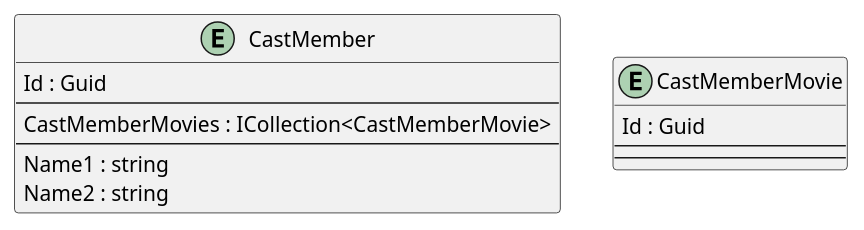
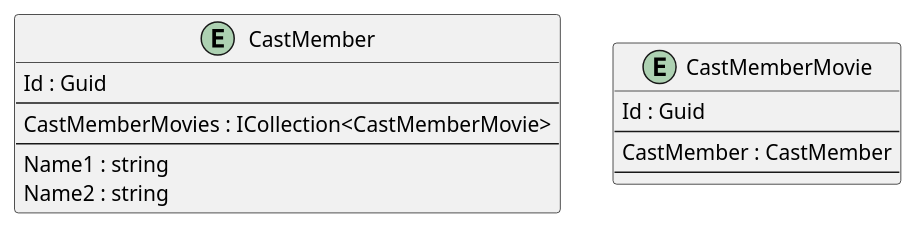
The diagram in .docs/BlazorWebAppMovies.pu (intrepion/BlazorWebAppMovies), drawn with PlantUML before and after one commit.

```diff
--- a/.docs/BlazorWebAppMovies.pu
+++ b/.docs/BlazorWebAppMovies.pu
@@ -1,26 +1,27 @@
 @startuml
 
 entity CastMember {
     Id : Guid
     --
     CastMemberMovies : ICollection<CastMemberMovie>
     ' CastMemberKeyCodePlaceholder
     --
     Name1 : string
     Name2 : string
     ' CastMemberPropertyCodePlaceholder
 }
 
 entity CastMemberMovie {
     Id : Guid
     --
+    CastMember : CastMember
     ' CastMemberMovieKeyCodePlaceholder
     --
     ' CastMemberMoviePropertyCodePlaceholder
 }
 
 ' EntityCodePlaceholder
 
 ' RelationshipCodePlaceholder
 
 @enduml
```
